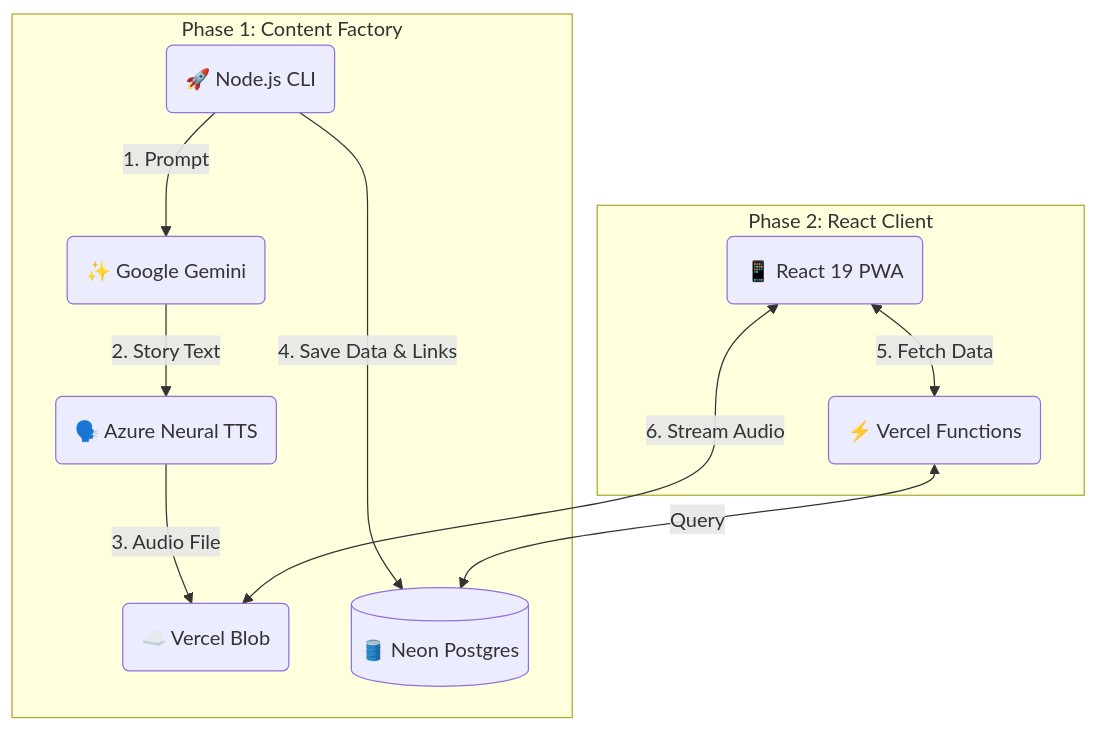
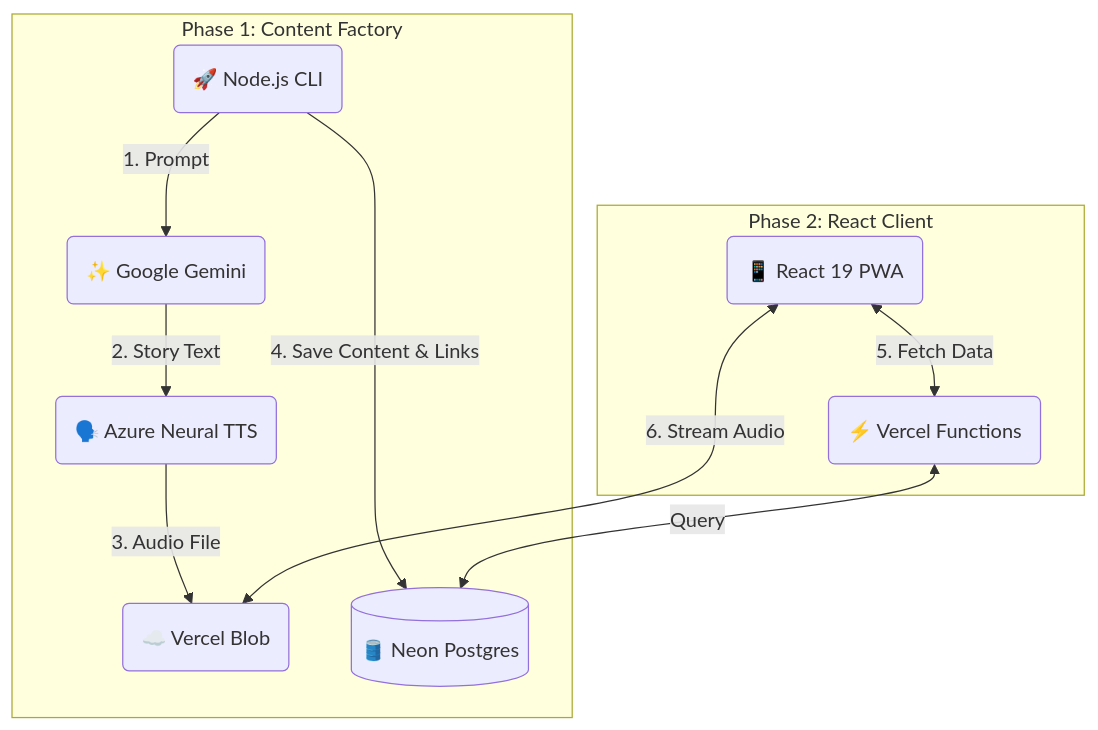
The diagram in README.md (davutayd/MonuTell), drawn with Mermaid before and after one commit. The commit also changed other lines of this file and 1 other file, not shown here.

Commit message:
docs: finalize README with project screenshots and architecture

````diff
--- a/README.md
+++ b/README.md
@@ -45,15 +48,15 @@
 ```mermaid
 graph TD
     subgraph Automation_Pipeline [Phase 1: Content Factory]
         Node(🚀 Node.js CLI) -->|1. Prompt| Gemini(✨ Google Gemini)
         Gemini -->|2. Story Text| Azure(🗣️ Azure Neural TTS)
         Azure -->|3. Audio File| Blob(☁️ Vercel Blob)
-        Node -->|4. Save Data & Links| DB[(🛢️ Neon Postgres)]
+        Node -->|4. Save Content & Links| DB[(🛢️ Neon Postgres)]
     end
 
     subgraph User_App [Phase 2: React Client]
         Client(📱 React 19 PWA) <-->|5. Fetch Data| API(⚡ Vercel Functions)
         API <-->|Query| DB
         Client <-->|6. Stream Audio| Blob
     end
 ```
````
